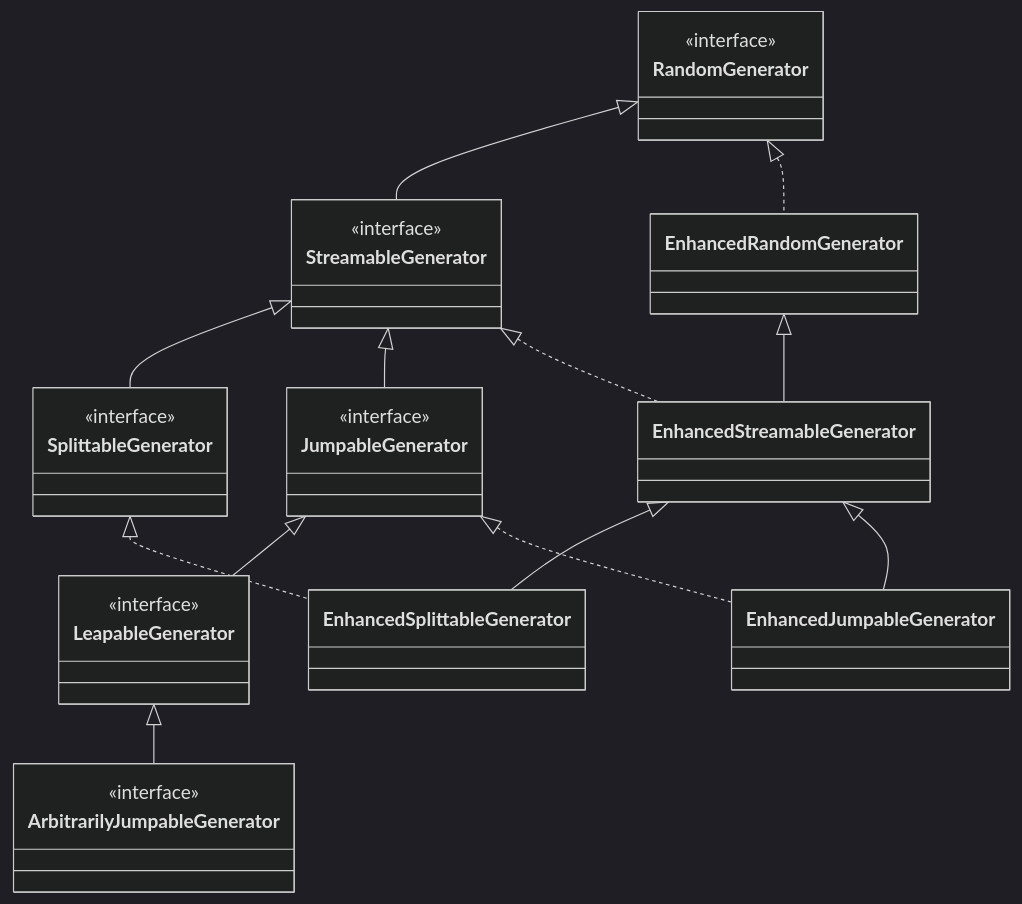
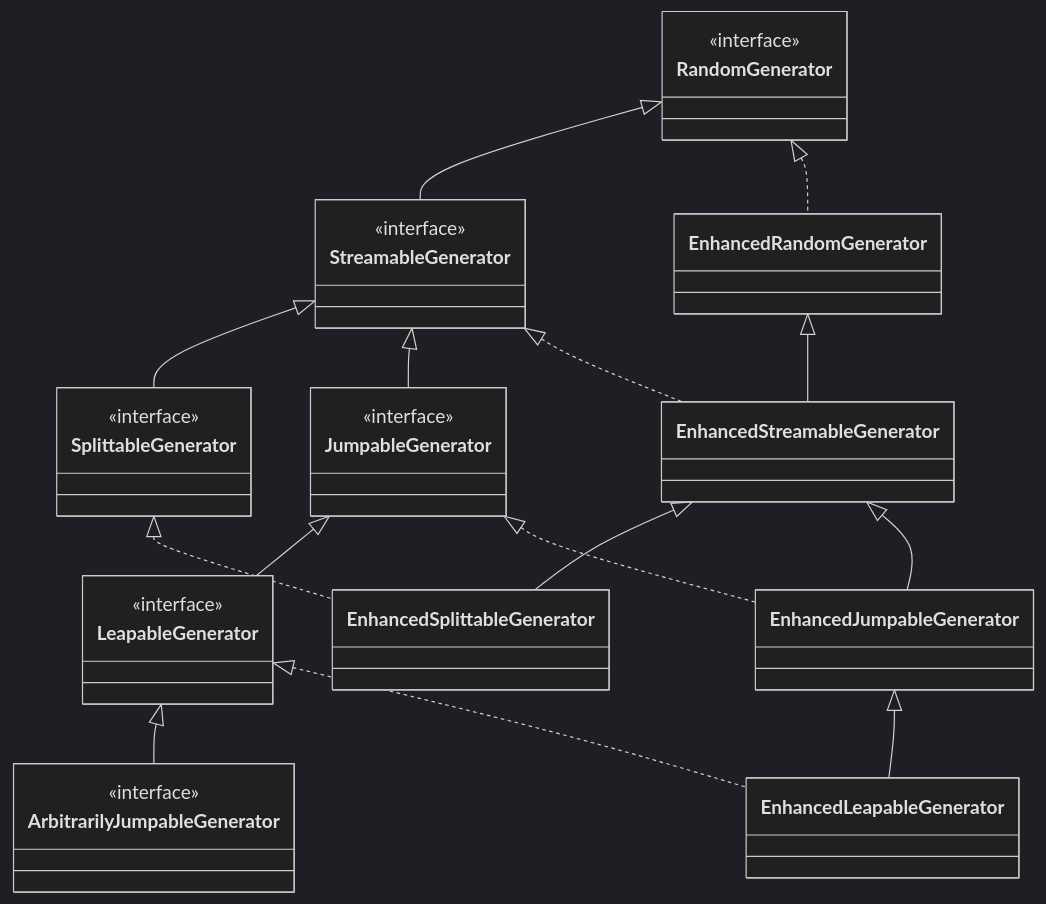
One commit to cicirello/rho-mu changed the diagram in README.md. Above: the diagram before and after it, drawn with Mermaid (dark theme).

````diff
--- a/README.md
+++ b/README.md
@@ -42,31 +42,34 @@
 ```mermaid
 classDiagram
   class RandomGenerator
   <<interface>> RandomGenerator
   class StreamableGenerator
   <<interface>> StreamableGenerator
   RandomGenerator <|-- StreamableGenerator
   class SplittableGenerator
   <<interface>> SplittableGenerator
   StreamableGenerator <|-- SplittableGenerator
   class JumpableGenerator
   <<interface>> JumpableGenerator
   StreamableGenerator <|-- JumpableGenerator
   class LeapableGenerator
   <<interface>> LeapableGenerator
   JumpableGenerator <|-- LeapableGenerator
   class ArbitrarilyJumpableGenerator
   <<interface>> ArbitrarilyJumpableGenerator
   LeapableGenerator <|-- ArbitrarilyJumpableGenerator
   class EnhancedRandomGenerator
   RandomGenerator <|.. EnhancedRandomGenerator
   class EnhancedStreamableGenerator
   EnhancedRandomGenerator <|-- EnhancedStreamableGenerator
   StreamableGenerator <|.. EnhancedStreamableGenerator
   class EnhancedSplittableGenerator
   EnhancedStreamableGenerator <|-- EnhancedSplittableGenerator
   SplittableGenerator <|.. EnhancedSplittableGenerator
   class EnhancedJumpableGenerator
   EnhancedStreamableGenerator <|-- EnhancedJumpableGenerator
   JumpableGenerator <|.. EnhancedJumpableGenerator
+  class EnhancedLeapableGenerator
+  EnhancedJumpableGenerator <|-- EnhancedLeapableGenerator
+  LeapableGenerator <|.. EnhancedLeapableGenerator
 ```
````
